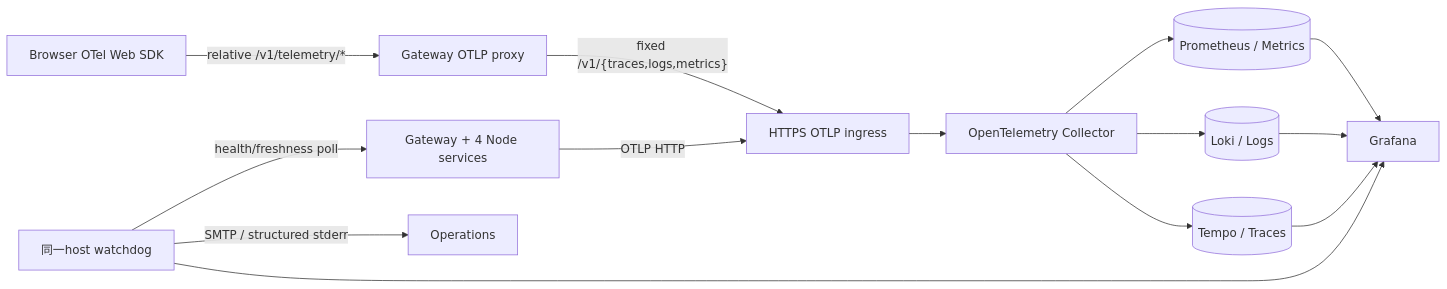
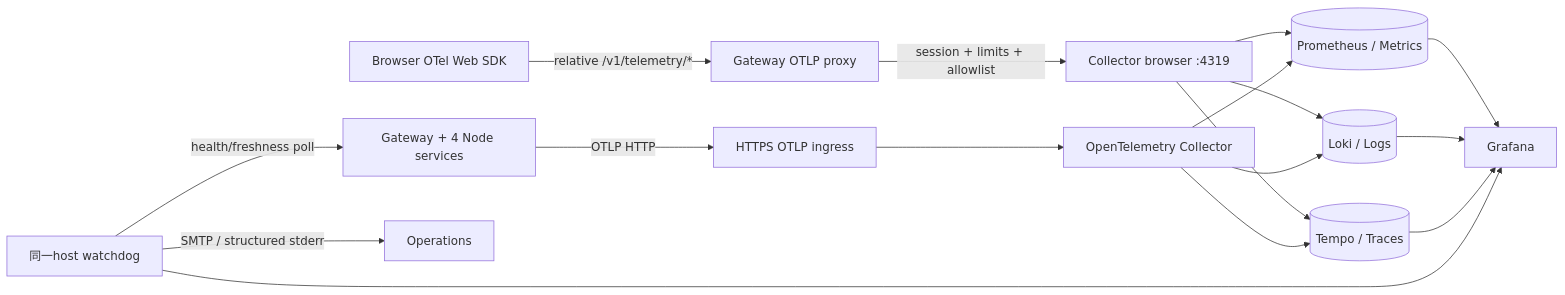
One commit to r4ai/news-podcast changed the second of 6 diagrams in docs/design.md. Above: the diagram before and after it, drawn with Mermaid. The commit also changed other lines of this file and 26 other files, not shown here.

````diff
--- a/docs/design.md
+++ b/docs/design.md
@@ -117,16 +117,19 @@
 ```mermaid
 flowchart LR
   Browser["Browser OTel Web SDK"] -->|"relative /v1/telemetry/*"| Gateway["Gateway OTLP proxy"]
-  Gateway -->|"fixed /v1/{traces,logs,metrics}"| Ingress
+  Gateway -->|"session + limits + allowlist"| BrowserCollector["Collector browser :4319"]
+  BrowserCollector --> Prometheus
+  BrowserCollector --> Loki
+  BrowserCollector --> Tempo
   Node["Gateway + 4 Node services"] -->|"OTLP HTTP"| Ingress["HTTPS OTLP ingress"]
   Ingress --> Collector["OpenTelemetry Collector"]
   Collector --> Prometheus[("Prometheus / Metrics")]
   Collector --> Loki[("Loki / Logs")]
   Collector --> Tempo[("Tempo / Traces")]
   Prometheus --> Grafana["Grafana"]
   Loki --> Grafana
   Tempo --> Grafana
   Watchdog["同一host watchdog"] -->|"health/freshness poll"| Node
   Watchdog --> Grafana
   Watchdog -->|"SMTP / structured stderr"| OnCall["Operations"]
 ```
````
